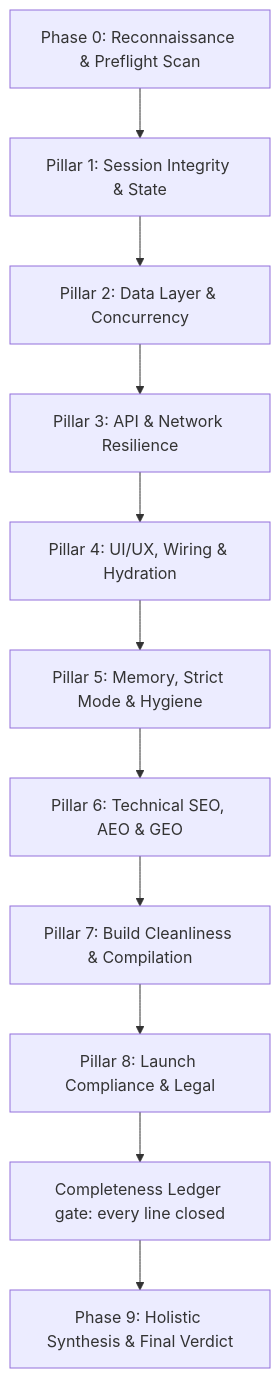
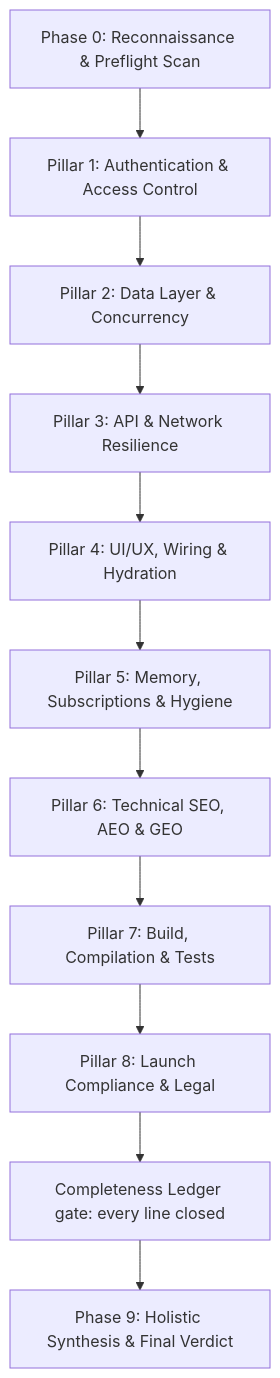
The diagram in skills/developer-pay-handoff-simulator/SKILL.md (Kryptopacy/pacy-codebase-auditor), drawn with Mermaid before and after one commit. The commit also changed other lines of this file and 9 other files, not shown here.

````diff
--- a/skills/developer-pay-handoff-simulator/SKILL.md
+++ b/skills/developer-pay-handoff-simulator/SKILL.md
@@ -56,13 +56,13 @@
 ```mermaid
 graph TD
-    S0["Phase 0: Reconnaissance & Preflight Scan"] --> P1["Pillar 1: Session Integrity & State"]
+    S0["Phase 0: Reconnaissance & Preflight Scan"] --> P1["Pillar 1: Authentication & Access Control"]
     P1 --> P2["Pillar 2: Data Layer & Concurrency"]
     P2 --> P3["Pillar 3: API & Network Resilience"]
     P3 --> P4["Pillar 4: UI/UX, Wiring & Hydration"]
-    P4 --> P5["Pillar 5: Memory, Strict Mode & Hygiene"]
+    P4 --> P5["Pillar 5: Memory, Subscriptions & Hygiene"]
     P5 --> P6["Pillar 6: Technical SEO, AEO & GEO"]
-    P6 --> P7["Pillar 7: Build Cleanliness & Compilation"]
+    P6 --> P7["Pillar 7: Build, Compilation & Tests"]
     P7 --> P8["Pillar 8: Launch Compliance & Legal"]
     P8 --> L["Completeness Ledger gate: every line closed"]
     L --> FS["Phase 9: Holistic Synthesis & Final Verdict"]
 ```
````
